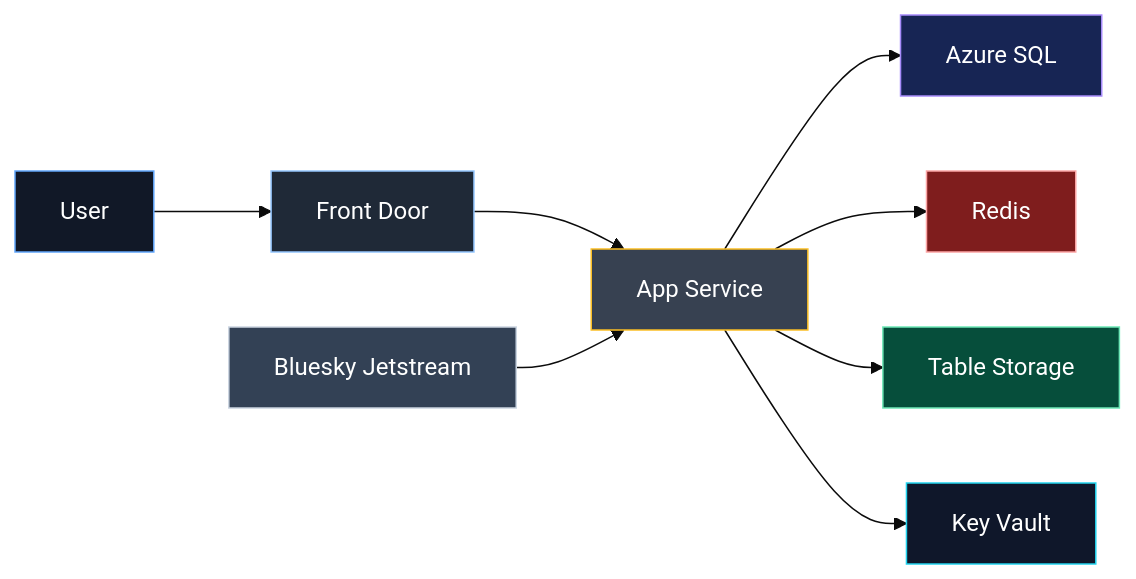
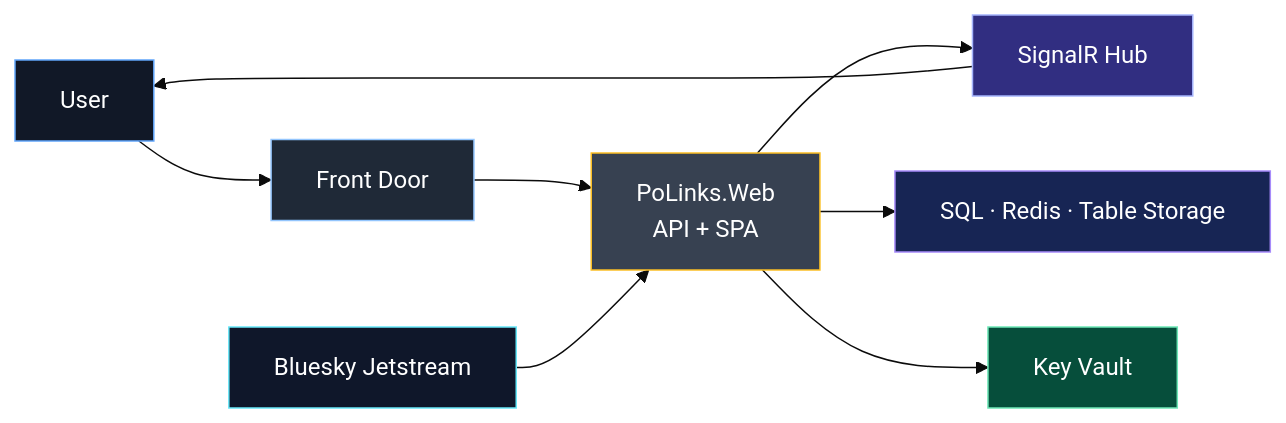
Before and after one commit to punkouter26/PoLinks: the diagram in docs/Architecture_SIMPLE.mmd, drawn with Mermaid (base theme). The commit also changed 67 other files, not shown here.

```diff
--- a/docs/Architecture_SIMPLE.mmd
+++ b/docs/Architecture_SIMPLE.mmd
@@ -1,16 +1,16 @@
 flowchart LR
-    U["User"] --> FD["Front Door"] --> APP["App Service"]
-    APP --> SQL["Azure SQL"]
-    APP --> REDIS["Redis"]
-    APP --> TABLE["Table Storage"]
+    U["User"] --> FD["Front Door"]
+    FD --> APP["PoLinks.Web\nAPI + SPA"]
+    APP --> HUB["SignalR Hub"]
+    HUB --> U
+    JET["Bluesky Jetstream"] --> APP
+    APP --> DB["SQL · Redis · Table Storage"]
     APP --> KV["Key Vault"]
-    JET["Bluesky Jetstream"] --> APP
 
     style U fill:#111827,stroke:#60a5fa,color:#fff
     style FD fill:#1f2937,stroke:#93c5fd,color:#fff
     style APP fill:#374151,stroke:#fbbf24,color:#fff
-    style SQL fill:#172554,stroke:#a78bfa,color:#fff
-    style REDIS fill:#7f1d1d,stroke:#fca5a5,color:#fff
-    style TABLE fill:#064e3b,stroke:#6ee7b7,color:#fff
-    style KV fill:#0f172a,stroke:#22d3ee,color:#fff
-    style JET fill:#334155,stroke:#cbd5e1,color:#fff
+    style HUB fill:#312e81,stroke:#a5b4fc,color:#fff
+    style JET fill:#0f172a,stroke:#67e8f9,color:#fff
+    style DB fill:#172554,stroke:#a78bfa,color:#fff
+    style KV fill:#064e3b,stroke:#6ee7b7,color:#fff
```
